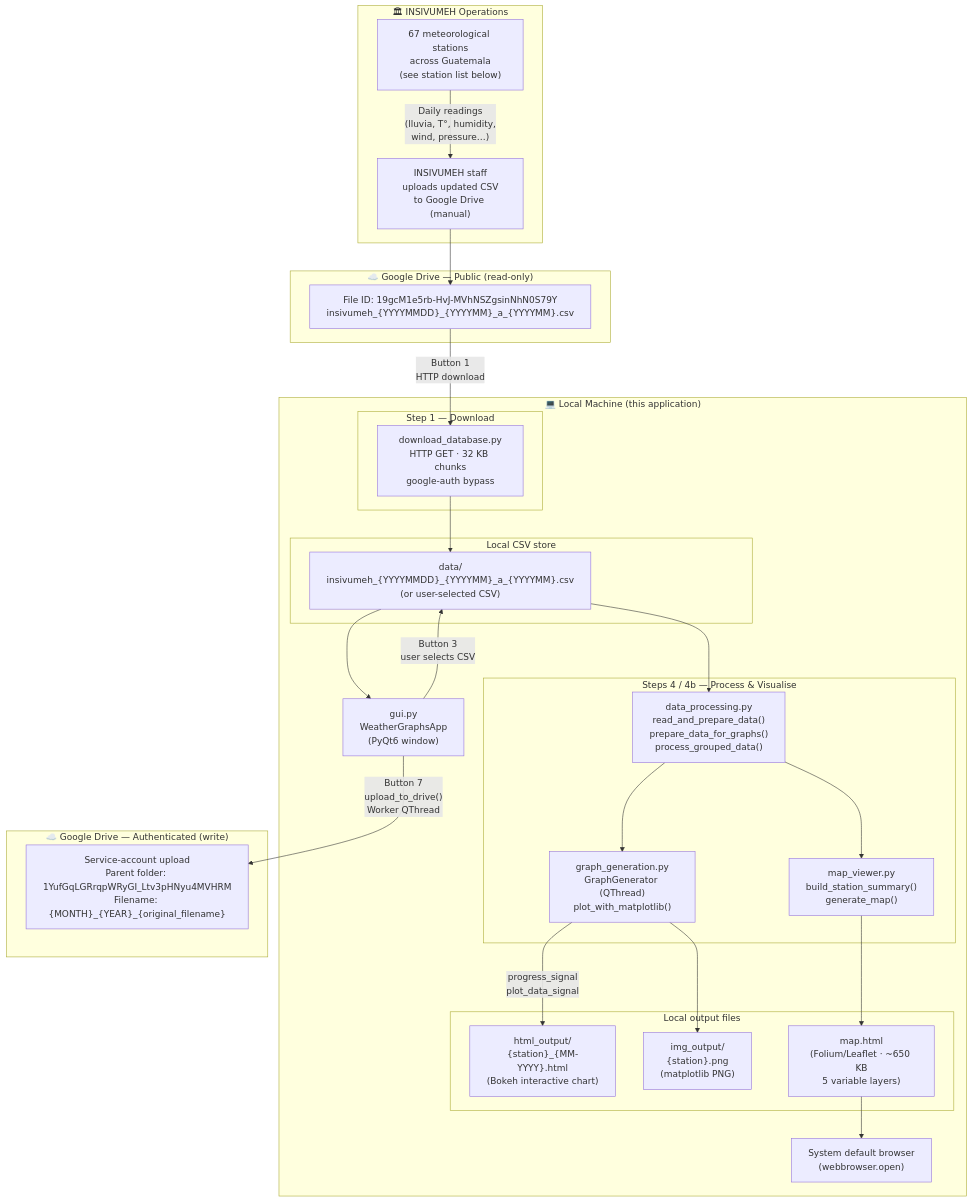
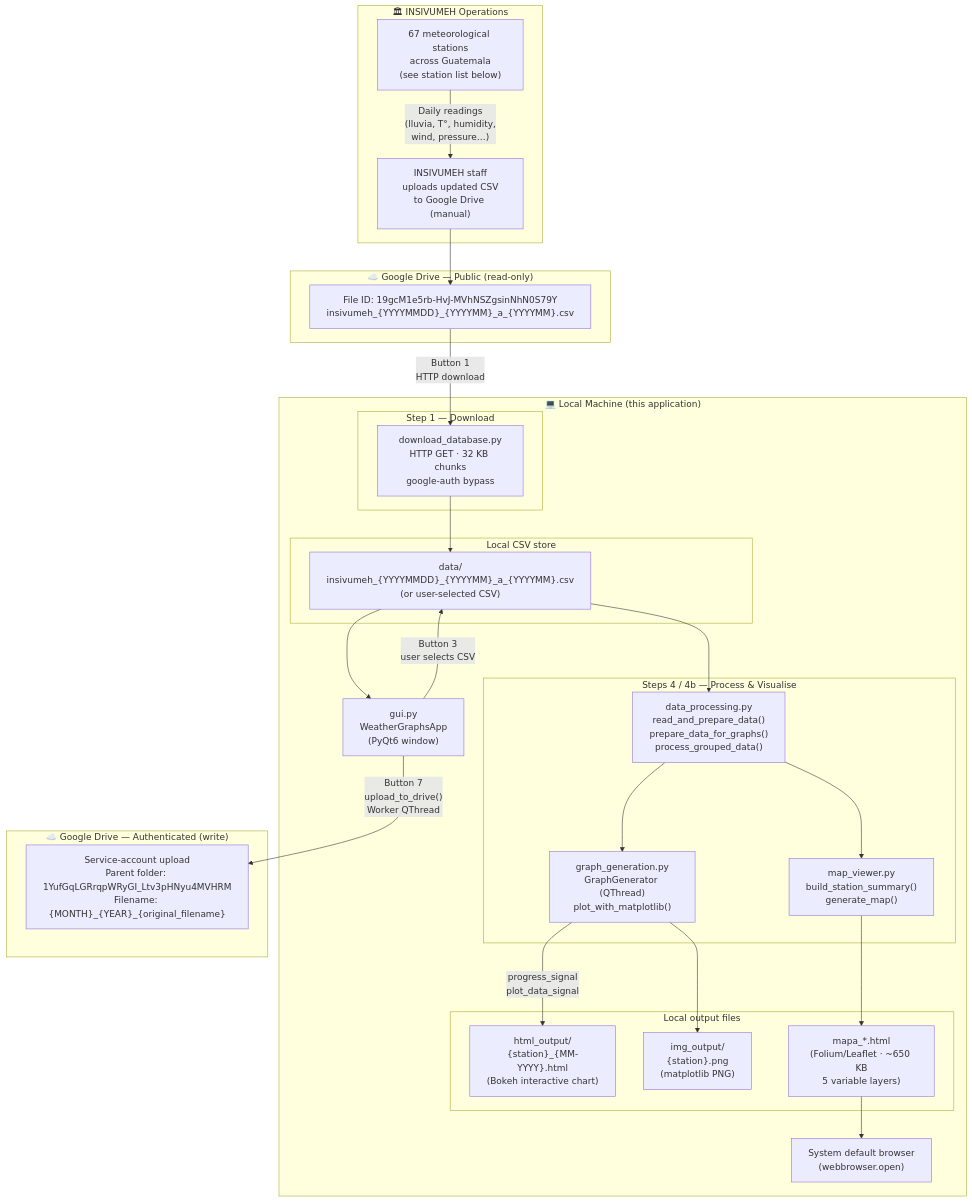
One commit to EdwinKestler/graph_generator_monthly changed the diagram in readme.md. Above: the diagram before and after it, drawn with Mermaid. The commit also changed other lines of this file, not shown here.

First line of the commit message:
docs: update readme for map_viewer fixes and detect_date_format extraction

````diff
--- a/readme.md
+++ b/readme.md
@@ -713,56 +724,56 @@
 ```mermaid
 flowchart TD
     subgraph CLOUD_IN["☁️  Google Drive — Public (read-only)"]
         GD_PUB["File ID: 19gcM1e5rb-HvJ-MVhNSZgsinNhN0S79Y\ninsivumeh_{YYYYMMDD}_{YYYYMM}_a_{YYYYMM}.csv"]
     end
 
     subgraph INSIVUMEH_OPS["🏛  INSIVUMEH Operations"]
         STATIONS["67 meteorological stations\nacross Guatemala\n(see station list below)"]
         INSIVUMEH_UPLOAD["INSIVUMEH staff\nuploads updated CSV\nto Google Drive (manual)"]
         STATIONS -->|"Daily readings\n(lluvia, T°, humidity,\nwind, pressure…)"| INSIVUMEH_UPLOAD
         INSIVUMEH_UPLOAD --> GD_PUB
     end
 
     subgraph LOCAL["💻  Local Machine (this application)"]
         GUI["gui.py\nWeatherGraphsApp\n(PyQt6 window)"]
 
         subgraph DOWNLOAD["Step 1 — Download"]
             DL["download_database.py\nHTTP GET · 32 KB chunks\ngoogle-auth bypass"]
         end
 
         subgraph CSV_LOCAL["Local CSV store"]
             CSV["data/\ninsivumeh_{YYYYMMDD}_{YYYYMM}_a_{YYYYMM}.csv\n(or user-selected CSV)"]
         end
 
         subgraph PROCESSING["Steps 4 / 4b — Process & Visualise"]
             DP["data_processing.py\nread_and_prepare_data()\nprepare_data_for_graphs()\nprocess_grouped_data()"]
             GG["graph_generation.py\nGraphGenerator (QThread)\nplot_with_matplotlib()"]
             MV["map_viewer.py\nbuild_station_summary()\ngenerate_map()"]
         end
 
         subgraph OUTPUTS["Local output files"]
             HTML_OUT["html_output/\n{station}_{MM-YYYY}.html\n(Bokeh interactive chart)"]
             PNG_OUT["img_output/\n{station}.png\n(matplotlib PNG)"]
-            MAP_OUT["map.html\n(Folium/Leaflet · ~650 KB\n5 variable layers)"]
+            MAP_OUT["mapa_*.html\n(Folium/Leaflet · ~650 KB\n5 variable layers)"]
         end
 
         BROWSER["System default browser\n(webbrowser.open)"]
     end
 
     subgraph CLOUD_OUT["☁️  Google Drive — Authenticated (write)"]
         GD_AUTH["Service-account upload\nParent folder: 1YufGqLGRrqpWRyGI_Ltv3pHNyu4MVHRM\nFilename: {MONTH}_{YEAR}_{original_filename}"]
     end
 
     GD_PUB -->|"Button 1\nHTTP download"| DL
     DL --> CSV
     CSV --> GUI
     GUI -->|"Button 3\nuser selects CSV"| CSV
     CSV --> DP
     DP --> GG
     DP --> MV
     GG -->|"progress_signal\nplot_data_signal"| HTML_OUT
     GG --> PNG_OUT
     MV --> MAP_OUT
     MAP_OUT --> BROWSER
     GUI -->|"Button 7\nupload_to_drive()\nWorker QThread"| GD_AUTH
 ```
````
